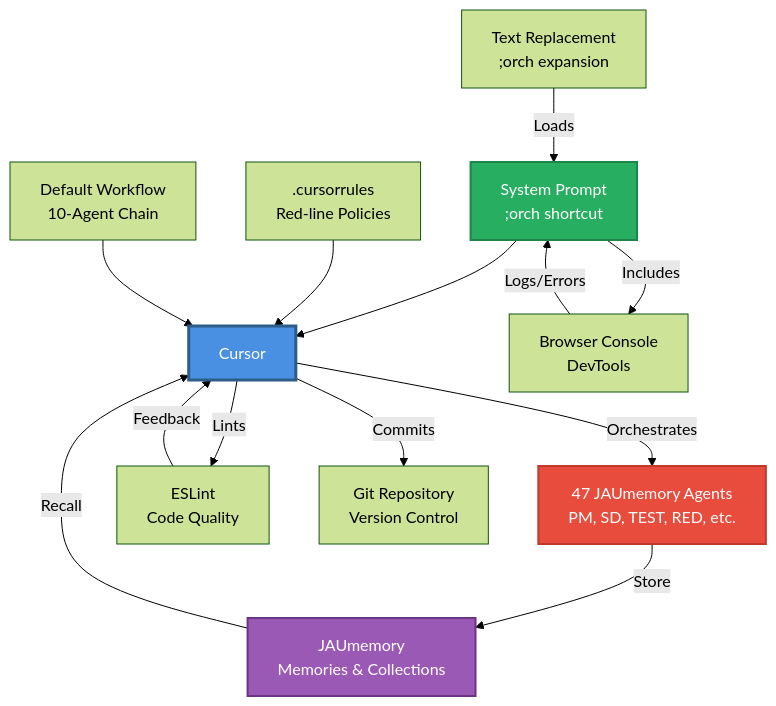
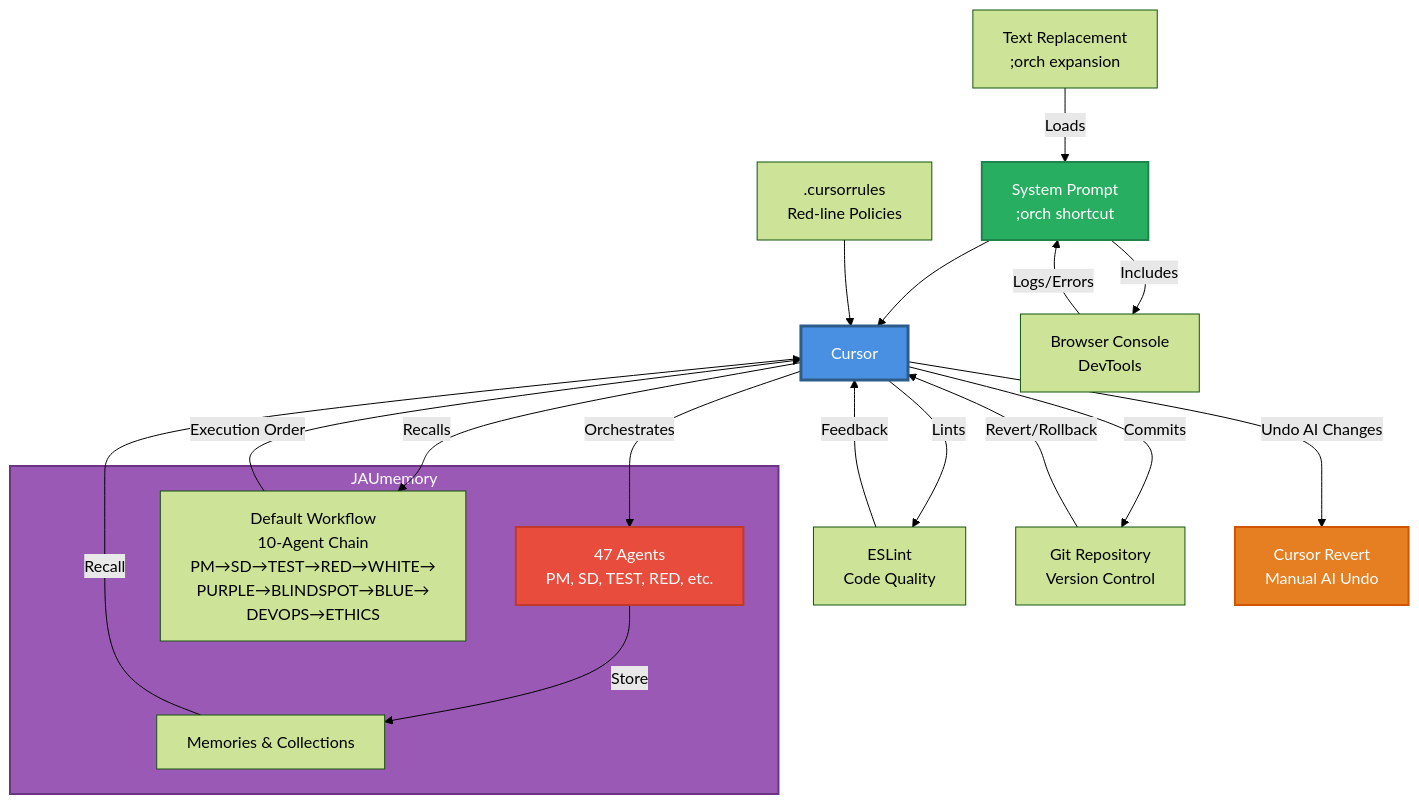
Before and after one commit to shiftshapr/context-coding: the diagram in SYSTEM_DIAGRAM_PROMPT.md, drawn with Mermaid (forest theme). The commit also changed other lines of this file, not shown here.

Commit message:
docs: fix diagram - workflow inside JAUmemory, add Cursor revert capability

````diff
--- a/SYSTEM_DIAGRAM_PROMPT.md
+++ b/SYSTEM_DIAGRAM_PROMPT.md
@@ -46,25 +50,36 @@
 ```mermaid
 graph TB
     SP[System Prompt<br/>;orch shortcut] --> Cursor
     CR[.cursorrules<br/>Red-line Policies] --> Cursor
-    WF[Default Workflow<br/>10-Agent Chain] --> Cursor
     
-    Cursor -->|Orchestrates| Agents[47 JAUmemory Agents<br/>PM, SD, TEST, RED, etc.]
-    Agents -->|Store| JM[JAUmemory<br/>Memories & Collections]
-    JM -->|Recall| Cursor
+    subgraph JM[JAUmemory]
+        Agents[47 Agents<br/>PM, SD, TEST, RED, etc.]
+        Memories[Memories & Collections]
+        WF[Default Workflow<br/>10-Agent Chain<br/>PM→SD→TEST→RED→WHITE→<br/>PURPLE→BLINDSPOT→BLUE→<br/>DEVOPS→ETHICS]
+    end
+    
+    Cursor -->|Orchestrates| Agents
+    Cursor -->|Recalls| WF
+    Agents -->|Store| Memories
+    Memories -->|Recall| Cursor
+    WF -->|Execution Order| Cursor
     
     BC[Browser Console<br/>DevTools] -->|Logs/Errors| SP
     SP -->|Includes| BC
     
     Cursor -->|Lints| ESLint[ESLint<br/>Code Quality]
     ESLint -->|Feedback| Cursor
     
     Cursor -->|Commits| Git[Git Repository<br/>Version Control]
+    Git -->|Revert/Rollback| Cursor
+    
+    Cursor -->|Undo AI Changes| Revert[Cursor Revert<br/>Manual AI Undo]
     
     TR[Text Replacement<br/>;orch expansion] -->|Loads| SP
     
     style Cursor fill:#4A90E2,stroke:#2E5C8A,stroke-width:3px,color:#fff
     style JM fill:#9B59B6,stroke:#6C3483,stroke-width:2px,color:#fff
     style Agents fill:#E74C3C,stroke:#C0392B,stroke-width:2px,color:#fff
     style SP fill:#27AE60,stroke:#1E8449,stroke-width:2px,color:#fff
+    style Revert fill:#E67E22,stroke:#D35400,stroke-width:2px,color:#fff
 ```
````
